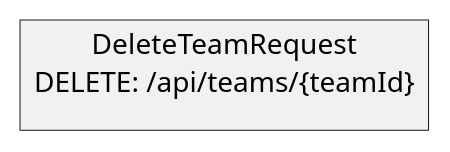
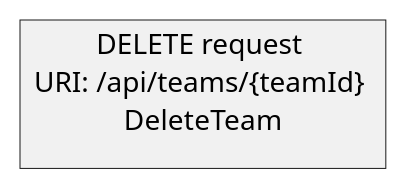
The diagram in docs/JSON Contracts/Requests/DeleteTeam.puml (JKMN-Projects/TeamTactics), drawn with PlantUML before and after one commit. The commit also changed 20 other files, not shown here.

```diff
--- a/docs/JSON Contracts/Requests/DeleteTeam.puml
+++ b/docs/JSON Contracts/Requests/DeleteTeam.puml
@@ -1,7 +1,5 @@
-@startuml Delete team Request
+@startuml Delete team request
 
-json "DeleteTeamRequest\nDELETE: /api/teams/{teamId}" as deleteTeamRequest {
-    
-}
+json "DELETE request \nURI: /api/teams/{teamId} \nDeleteTeam" as DeleteTeam {}
 
 @enduml
```
